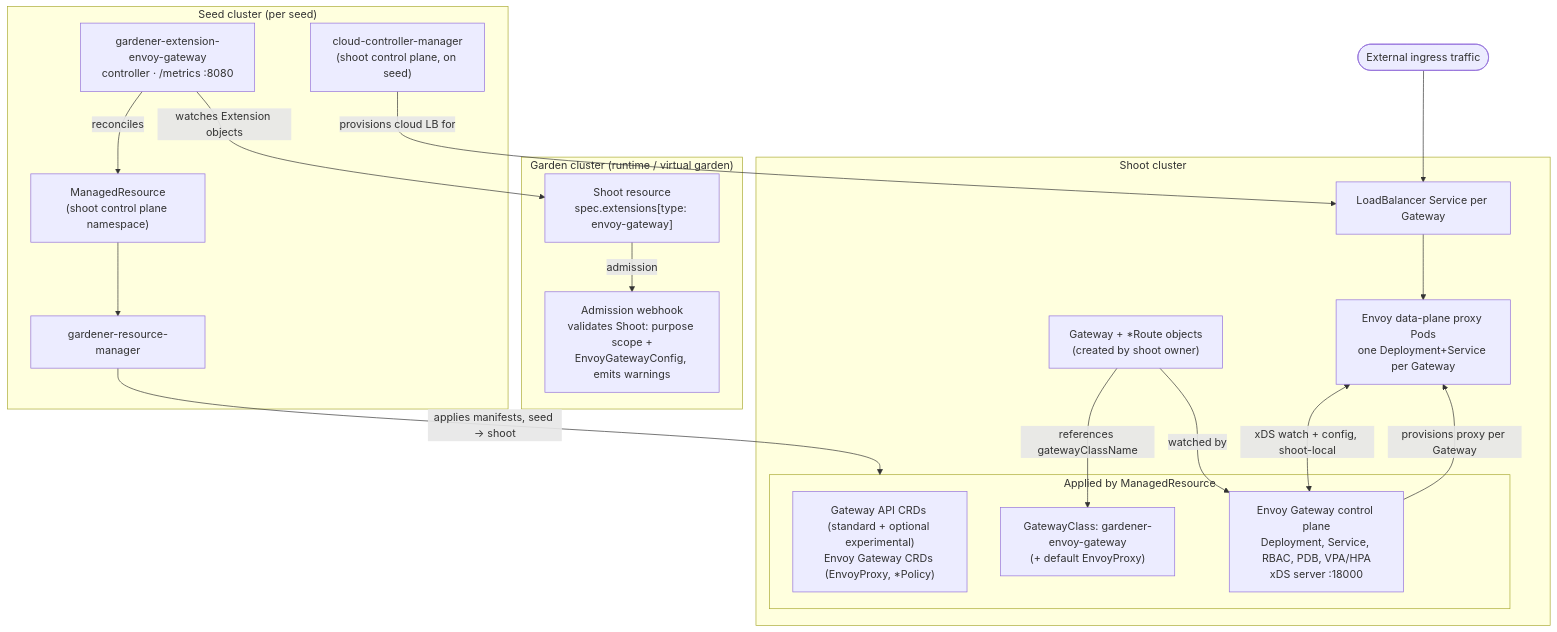
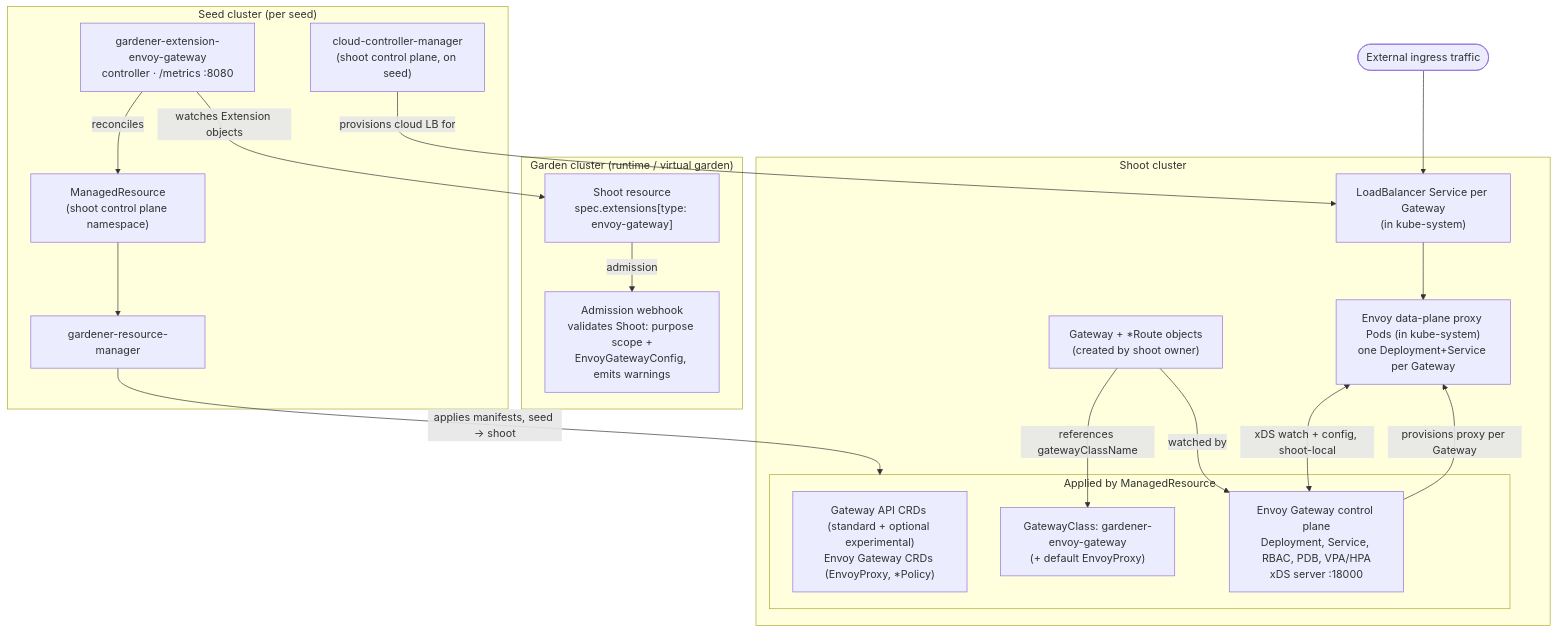
Before and after one commit to gardener/enhancements: the first of 2 diagrams in geps/0068-gateway-api-extension/README.md, drawn with Mermaid. The commit also changed other lines of this file, not shown here.

Commit message:
run data-plane proxy deployments and their  services in kube-system ns

````diff
--- a/geps/0068-gateway-api-extension/README.md
+++ b/geps/0068-gateway-api-extension/README.md
@@ -212,39 +212,39 @@
 ```mermaid
 flowchart TB
     subgraph garden["Garden cluster (runtime / virtual garden)"]
         shootObj["Shoot resource<br/>spec.extensions[type: envoy-gateway]"]
         awh["Admission webhook<br/>validates Shoot: purpose scope +<br/>EnvoyGatewayConfig, emits warnings"]
     end
 
     subgraph seed["Seed cluster (per seed)"]
         ctrl["gardener-extension-envoy-gateway<br/>controller · /metrics :8080"]
         grm["gardener-resource-manager"]
         mr["ManagedResource<br/>(shoot control plane namespace)"]
         ccm["cloud-controller-manager<br/>(shoot control plane, on seed)"]
     end
 
     subgraph shoot["Shoot cluster"]
         subgraph applied["Applied by ManagedResource"]
             crds["Gateway API CRDs (standard + optional experimental)<br/>Envoy Gateway CRDs (EnvoyProxy, *Policy)"]
             gwClass["GatewayClass: gardener-envoy-gateway<br/>(+ default EnvoyProxy)"]
             cp["Envoy Gateway control plane<br/>Deployment, Service, RBAC, PDB, VPA/HPA<br/>xDS server :18000"]
         end
         gw["Gateway + *Route objects<br/>(created by shoot owner)"]
-        proxy["Envoy data-plane proxy Pods<br/>one Deployment+Service per Gateway"]
-        lbSvc["LoadBalancer Service per Gateway"]
+        proxy["Envoy data-plane proxy Pods (in kube-system)<br/>one Deployment+Service per Gateway"]
+        lbSvc["LoadBalancer Service per Gateway<br/>(in kube-system)"]
     end
 
     ext(["External ingress traffic"])
 
     shootObj -->|admission| awh
     ctrl -->|watches Extension objects| shootObj
     ctrl -->|reconciles| mr
     mr --> grm
     grm -->|applies manifests, seed → shoot| applied
     gw -->|references gatewayClassName| gwClass
     gw -->|watched by| cp
     cp -->|provisions proxy per Gateway| proxy
     proxy <-->|xDS watch + config, shoot-local| cp
     ccm -->|provisions cloud LB for| lbSvc
     ext --> lbSvc --> proxy
 ```
````
